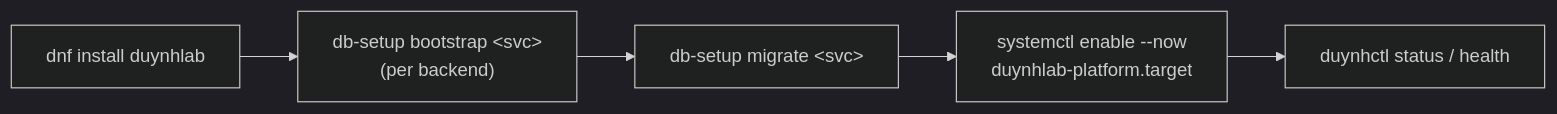
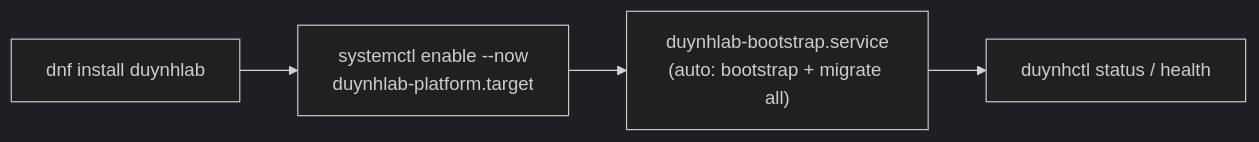
One commit to duynhlab/packages changed the diagram in docs/003-operations.md. Above: the diagram before and after it, drawn with Mermaid (dark theme). The commit also changed other lines of this file and 10 other files, not shown here.

First line of the commit message:
feat: auto-bootstrap the database via a systemd one-shot

````diff
--- a/docs/003-operations.md
+++ b/docs/003-operations.md
@@ -72,7 +75,6 @@
 ```mermaid
 flowchart LR
-  I[dnf install duynhlab] --> B["db-setup bootstrap &lt;svc&gt;<br/>(per backend)"]
-  B --> M["db-setup migrate &lt;svc&gt;"]
-  M --> E[systemctl enable --now<br/>duynhlab-platform.target]
-  E --> V[duynhctl status / health]
+  I[dnf install duynhlab] --> E[systemctl enable --now<br/>duynhlab-platform.target]
+  E --> B["duynhlab-bootstrap.service<br/>(auto: bootstrap + migrate all)"]
+  B --> V[duynhctl status / health]
 ```
````
